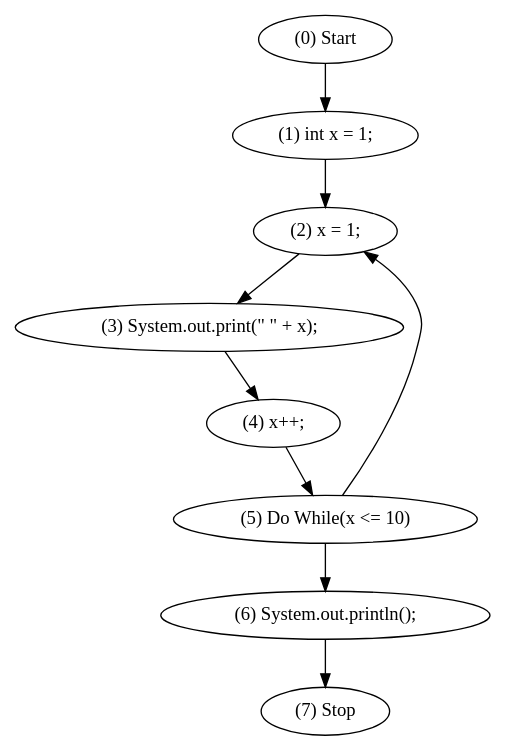
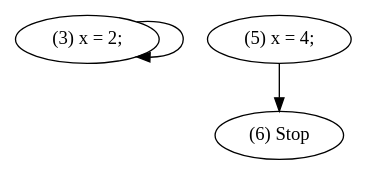
One commit to JuanColonGarcia/Metaprogram changed the diagram in dotsource.dot. Above: the diagram before and after it, drawn with Graphviz. The commit also changed 6 other files, not shown here.

```diff
--- a/dotsource.dot
+++ b/dotsource.dot
@@ -1,2 +1,2 @@
 digraph G {
-"(0) Start" -> "(1) int x = 1;""(1) int x = 1;" -> "(2) x = 1;""(2) x = 1;" -> "(3) System.out.print(\" \" + x);""(3) System.out.print(\" \" + x);" -> "(4) x++;""(4) x++;" -> "(5) Do While(x <= 10)""(5) Do While(x <= 10)" -> "(2) x = 1;""(5) Do While(x <= 10)" -> "(6) System.out.println();""(6) System.out.println();" -> "(7) Stop"}
+"(3) x = 2;" -> "(3) x = 2;""(5) x = 4;" -> "(6) Stop"}
```
